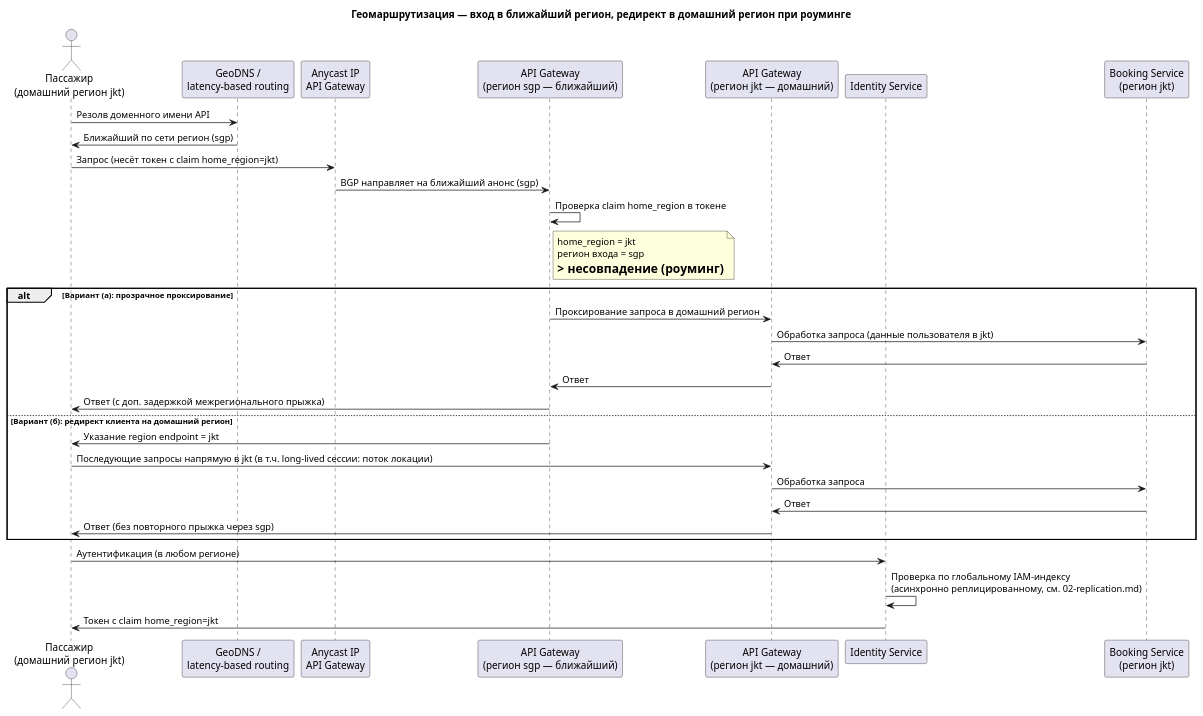
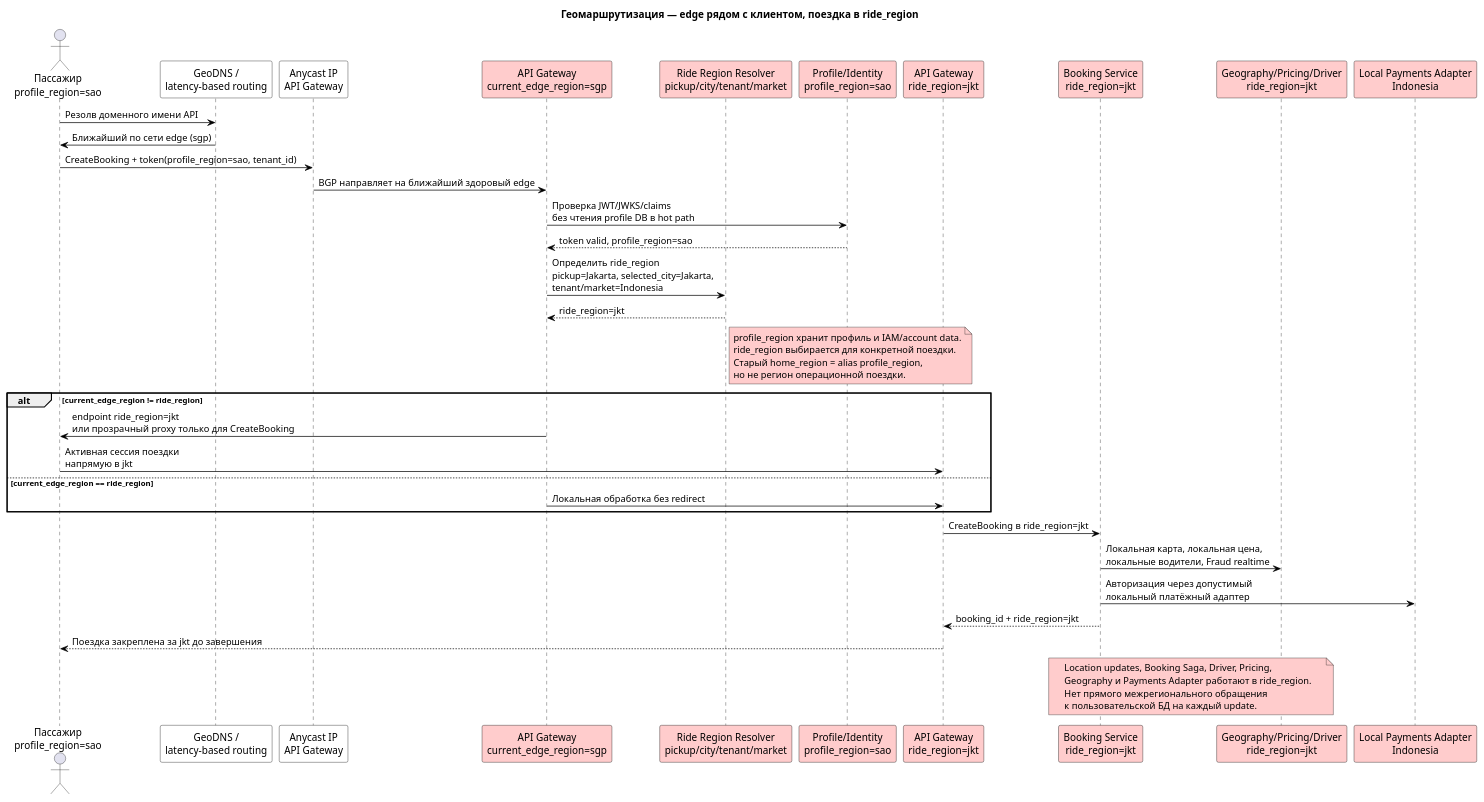
The diagram in Task3/geo-routing-schema.puml (potashka/MSA-GoFuture), drawn with PlantUML before and after one commit. The commit also changed 49 other files, not shown here.

```diff
--- a/Task3/geo-routing-schema.puml
+++ b/Task3/geo-routing-schema.puml
@@ -1,42 +1,58 @@
 @startuml geo-routing-schema
-title Геомаршрутизация — вход в ближайший регион, редирект в домашний регион при роуминге
+title Геомаршрутизация — edge рядом с клиентом, поездка в ride_region
 
-actor "Пассажир\n(домашний регион jkt)" as user
+skinparam sequenceParticipantBackgroundColor White
+skinparam sequenceParticipantBorderColor Black
+skinparam sequenceParticipantFontColor Black
+skinparam sequenceArrowColor Black
+
+actor "Пассажир\nprofile_region=sao" as user
 participant "GeoDNS /\nlatency-based routing" as dns
 participant "Anycast IP\nAPI Gateway" as anycast
-participant "API Gateway\n(регион sgp — ближайший)" as gwSgp
-participant "API Gateway\n(регион jkt — домашний)" as gwJkt
-participant "Identity Service" as identity
-participant "Booking Service\n(регион jkt)" as booking
+participant "API Gateway\ncurrent_edge_region=sgp" as gwSgp #FFCCCC
+participant "Ride Region Resolver\npickup/city/tenant/market" as resolver #FFCCCC
+participant "Profile/Identity\nprofile_region=sao" as identitySao #FFCCCC
+participant "API Gateway\nride_region=jkt" as gwJkt #FFCCCC
+participant "Booking Service\nride_region=jkt" as booking #FFCCCC
+participant "Geography/Pricing/Driver\nride_region=jkt" as ops #FFCCCC
+participant "Local Payments Adapter\nIndonesia" as pay #FFCCCC
 
 user -> dns : Резолв доменного имени API
-dns -> user : Ближайший по сети регион (sgp)
-user -> anycast : Запрос (несёт токен с claim home_region=jkt)
-anycast -> gwSgp : BGP направляет на ближайший анонс (sgp)
+dns -> user : Ближайший по сети edge (sgp)
+user -> anycast : CreateBooking + token(profile_region=sao, tenant_id)
+anycast -> gwSgp : BGP направляет на ближайший здоровый edge
 
-gwSgp -> gwSgp : Проверка claim home_region в токене
-note right of gwSgp
-  home_region = jkt
-  регион входа = sgp
-  => несовпадение (роуминг)
+gwSgp -> identitySao : Проверка JWT/JWKS/claims\nбез чтения profile DB в hot path
+identitySao --> gwSgp : token valid, profile_region=sao
+
+gwSgp -> resolver : Определить ride_region\npickup=Jakarta, selected_city=Jakarta,\ntenant/market=Indonesia
+resolver --> gwSgp : ride_region=jkt
+
+note right of resolver #FFCCCC
+  profile_region хранит профиль и IAM/account data.
+  ride_region выбирается для конкретной поездки.
+  Старый home_region = alias profile_region,
+  но не регион операционной поездки.
 end note
 
-alt Вариант (а): прозрачное проксирование
-    gwSgp -> gwJkt : Проксирование запроса в домашний регион
-    gwJkt -> booking : Обработка запроса (данные пользователя в jkt)
-    booking -> gwJkt : Ответ
-    gwJkt -> gwSgp : Ответ
-    gwSgp -> user : Ответ (с доп. задержкой межрегионального прыжка)
-else Вариант (б): редирект клиента на домашний регион
-    gwSgp -> user : Указание region endpoint = jkt
-    user -> gwJkt : Последующие запросы напрямую в jkt (в т.ч. long-lived сессии: поток локации)
-    gwJkt -> booking : Обработка запроса
-    booking -> gwJkt : Ответ
-    gwJkt -> user : Ответ (без повторного прыжка через sgp)
+alt current_edge_region != ride_region
+    gwSgp -> user : endpoint ride_region=jkt\nили прозрачный proxy только для CreateBooking
+    user -> gwJkt : Активная сессия поездки\nнапрямую в jkt
+else current_edge_region == ride_region
+    gwSgp -> gwJkt : Локальная обработка без redirect
 end
 
-user -> identity : Аутентификация (в любом регионе)
-identity -> identity : Проверка по глобальному IAM-индексу\n(асинхронно реплицированному, см. 02-replication.md)
-identity -> user : Токен с claim home_region=jkt
+gwJkt -> booking : CreateBooking в ride_region=jkt
+booking -> ops : Локальная карта, локальная цена,\nлокальные водители, Fraud realtime
+booking -> pay : Авторизация через допустимый\nлокальный платёжный адаптер
+booking --> gwJkt : booking_id + ride_region=jkt
+gwJkt --> user : Поездка закреплена за jkt до завершения
+
+note over booking,ops #FFCCCC
+  Location updates, Booking Saga, Driver, Pricing,
+  Geography и Payments Adapter работают в ride_region.
+  Нет прямого межрегионального обращения
+  к пользовательской БД на каждый update.
+end note
 
 @enduml
```
